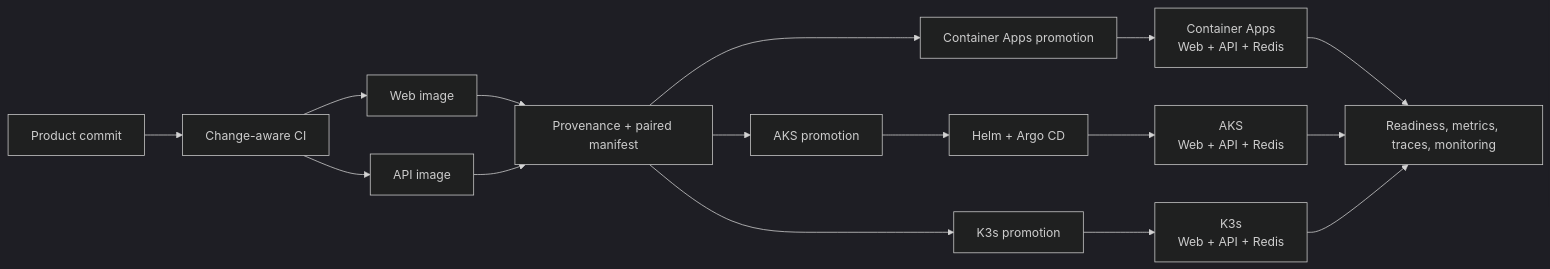
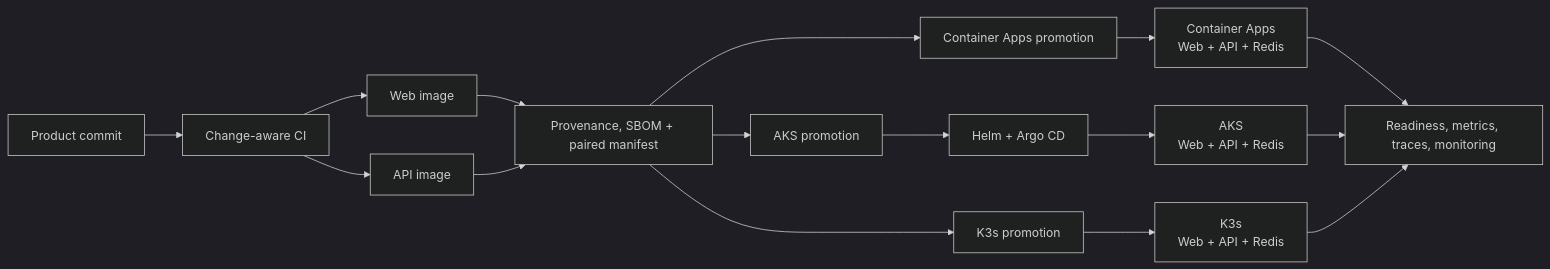
Before and after one commit to optiplex331/Halligalli-BossYang: the diagram in DEVOPS.md, drawn with Mermaid (dark theme). The commit also changed other lines of this file, not shown here.

First line of the commit message:
docs(devops): describe ci-ok, release workflow and SBOM attestations

````diff
--- a/DEVOPS.md
+++ b/DEVOPS.md
@@ -8,18 +8,18 @@
 ```mermaid
 flowchart LR
     Commit["Product commit"] --> CI["Change-aware CI"]
     CI --> Web["Web image"]
     CI --> API["API image"]
-    Web --> Supply["Provenance + paired manifest"]
+    Web --> Supply["Provenance, SBOM + paired manifest"]
     API --> Supply
     Supply --> CAP["Container Apps promotion"]
     Supply --> AKSP["AKS promotion"]
     Supply --> K3SP["K3s promotion"]
     CAP --> CA["Container Apps<br/>Web + API + Redis"]
     AKSP --> Argo["Helm + Argo CD"]
     K3SP --> K3S["K3s<br/>Web + API + Redis"]
     Argo --> AKS["AKS<br/>Web + API + Redis"]
     CA --> Observe["Readiness, metrics, traces, monitoring"]
     AKS --> Observe
     K3S --> Observe
 ```
````
